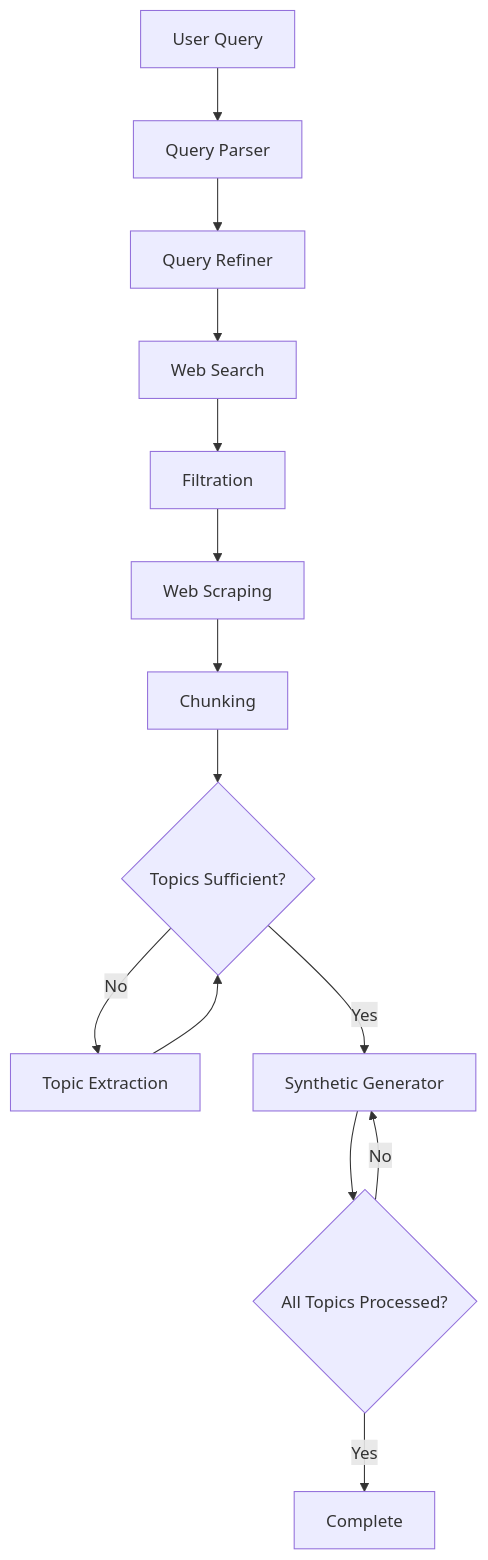
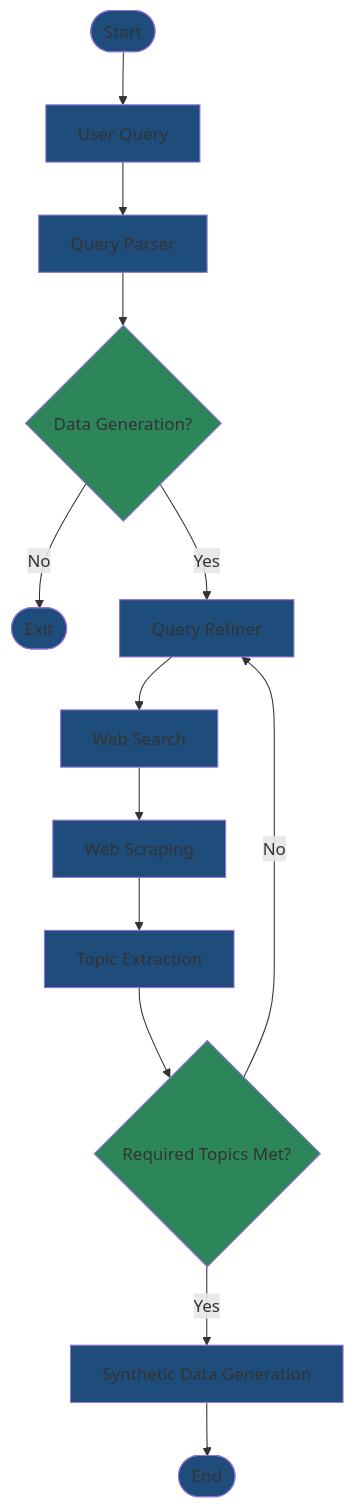
Before and after one commit to Omar-YYoussef/Data_Gen_Agent: the diagram in README.md, drawn with Mermaid.

````diff
--- a/README.md
+++ b/README.md
@@ -57,16 +57,32 @@
 ```mermaid
-graph TD
-    A[User Query] --> B[Query Parser]
-    B --> C[Query Refiner]
-    C --> D[Web Search]
-    D --> E[Filtration]
-    E --> F[Web Scraping]
-    F --> G[Chunking]
-    G --> H{Topics Sufficient?}
-    H -->|No| I[Topic Extraction]
-    I --> H
-    H -->|Yes| J[Synthetic Generator]
-    J --> K{All Topics Processed?}
-    K -->|No| J
-    K -->|Yes| L[Complete]
+flowchart TD
+    Start([Start]) --> UserQuery[User Query]
+    UserQuery --> QueryParser[Query Parser]
+    QueryParser --> DataGen{Data Generation?}
+    
+    DataGen -->|No| Exit([Exit])
+    DataGen -->|Yes| QueryRefiner[Query Refiner]
+    
+    QueryRefiner --> WebSearch[Web Search]
+    WebSearch --> WebScraping[Web Scraping]
+    WebScraping --> TopicExtraction[Topic Extraction]
+    
+    TopicExtraction --> TopicCheck{Required Topics Met?}
+    TopicCheck -->|No| QueryRefiner
+    TopicCheck -->|Yes| SyntheticGen[Synthetic Data Generation]
+    
+    SyntheticGen --> End([End])
+    
+    style Start fill:#1e4d7b
+    style UserQuery fill:#1e4d7b
+    style QueryParser fill:#1e4d7b
+    style QueryRefiner fill:#1e4d7b
+    style WebSearch fill:#1e4d7b
+    style WebScraping fill:#1e4d7b
+    style TopicExtraction fill:#1e4d7b
+    style SyntheticGen fill:#1e4d7b
+    style Exit fill:#1e4d7b
+    style End fill:#1e4d7b
+    style DataGen fill:#2d8659
+    style TopicCheck fill:#2d8659
 ```
````
